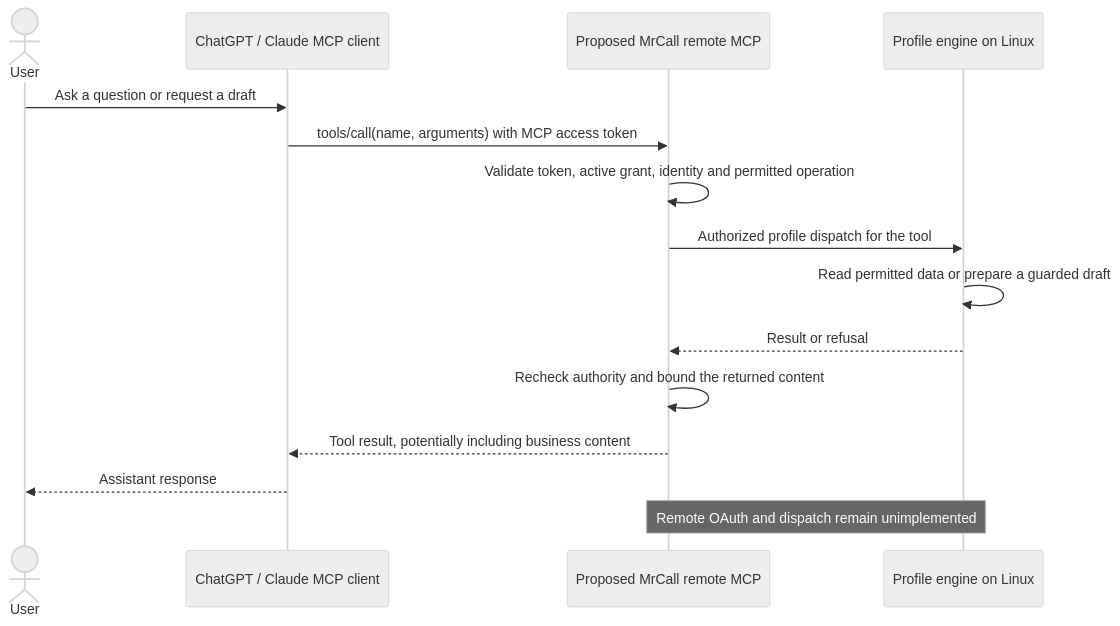
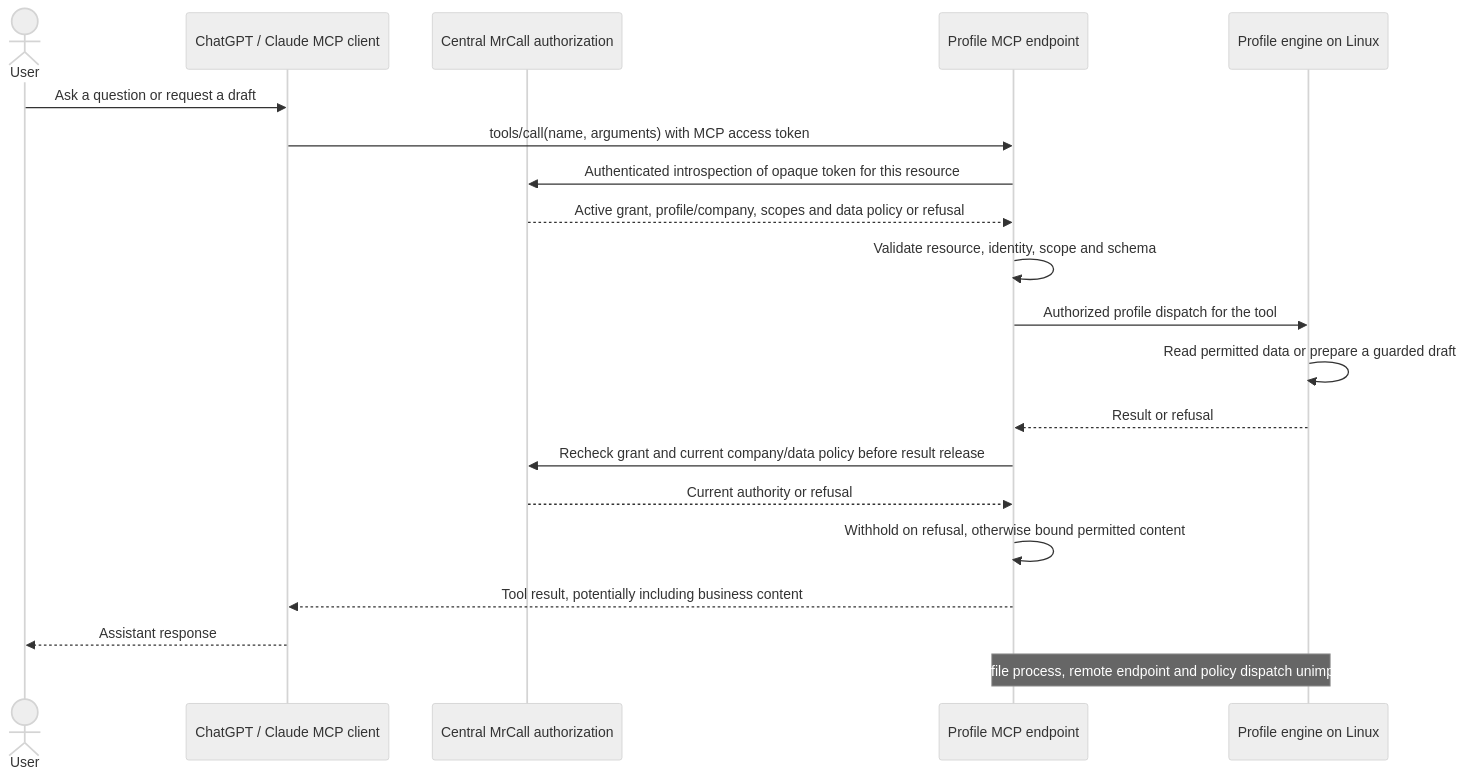
One commit to hahnbanach/mrcall-desktop changed the diagram in docs/operator-data-flows.md. Above: the diagram before and after it, drawn with Mermaid (neutral theme). The commit also changed other lines of this file and 8 other files, not shown here.

Commit message:
docs: define remote operator MCP trust and control boundaries

````diff
--- a/docs/operator-data-flows.md
+++ b/docs/operator-data-flows.md
@@ -19,17 +20,22 @@
 ```mermaid
 sequenceDiagram
 actor U as User
 participant C as ChatGPT / Claude MCP client
-participant M as Proposed MrCall remote MCP
+participant A as Central MrCall authorization
+participant M as Profile MCP endpoint
 participant E as Profile engine on Linux
 U->>C: Ask a question or request a draft
 C->>M: tools/call(name, arguments) with MCP access token
-M->>M: Validate token, active grant, identity and permitted operation
+M->>A: Authenticated introspection of opaque token for this resource
+A-->>M: Active grant, profile/company, scopes and data policy or refusal
+M->>M: Validate resource, identity, scope and schema
 M->>E: Authorized profile dispatch for the tool
 E->>E: Read permitted data or prepare a guarded draft
 E-->>M: Result or refusal
-M->>M: Recheck authority and bound the returned content
+M->>A: Recheck grant and current company/data policy before result release
+A-->>M: Current authority or refusal
+M->>M: Withhold on refusal, otherwise bound permitted content
 M-->>C: Tool result, potentially including business content
 C-->>U: Assistant response
-Note over M,E: Remote OAuth and dispatch remain unimplemented
+Note over M,E: Same profile process, remote endpoint and policy dispatch unimplemented
 ```
````
